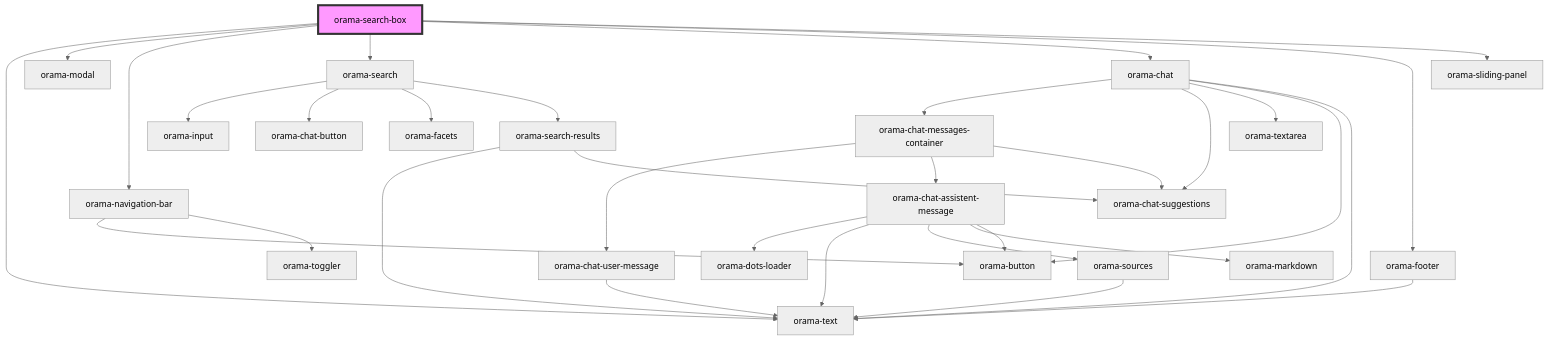
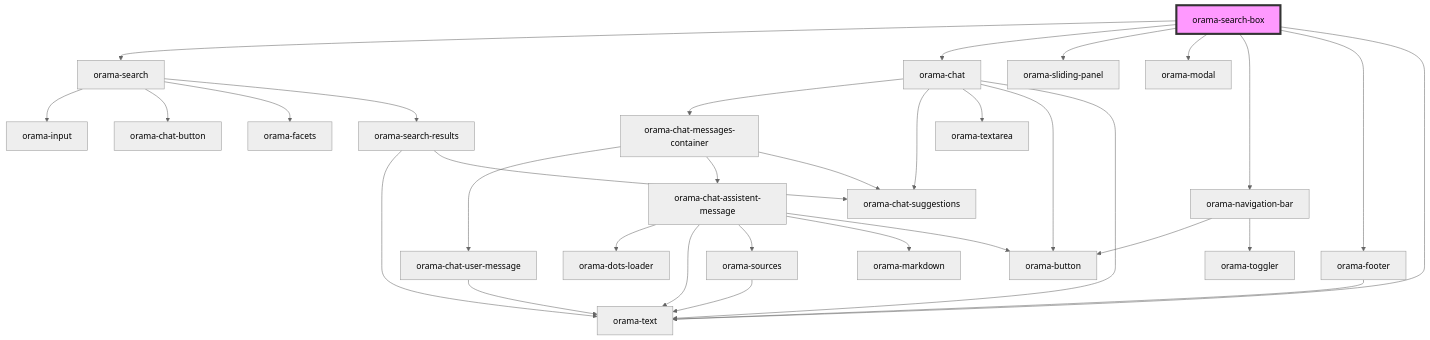
The diagram in packages/ui-stencil/src/components/orama-search-box/readme.md (askorama/orama-ui-components), drawn with Mermaid (neutral theme) before and after one commit. The commit also changed other lines of this file and 12 other files, not shown here.

````diff
--- a/packages/ui-stencil/src/components/orama-search-box/readme.md
+++ b/packages/ui-stencil/src/components/orama-search-box/readme.md
@@ -45,35 +46,35 @@
 ```mermaid
 graph TD;
-  orama-search-box --> orama-text
+  orama-search-box --> orama-search
+  orama-search-box --> orama-chat
+  orama-search-box --> orama-sliding-panel
   orama-search-box --> orama-modal
   orama-search-box --> orama-navigation-bar
-  orama-search-box --> orama-search
-  orama-search-box --> orama-chat
   orama-search-box --> orama-footer
-  orama-search-box --> orama-sliding-panel
-  orama-navigation-bar --> orama-button
-  orama-navigation-bar --> orama-toggler
+  orama-search-box --> orama-text
   orama-search --> orama-input
   orama-search --> orama-chat-button
   orama-search --> orama-facets
   orama-search --> orama-search-results
   orama-search-results --> orama-text
   orama-search-results --> orama-chat-suggestions
   orama-chat --> orama-chat-messages-container
   orama-chat --> orama-chat-suggestions
   orama-chat --> orama-textarea
   orama-chat --> orama-button
   orama-chat --> orama-text
   orama-chat-messages-container --> orama-chat-user-message
   orama-chat-messages-container --> orama-chat-assistent-message
   orama-chat-messages-container --> orama-chat-suggestions
   orama-chat-user-message --> orama-text
   orama-chat-assistent-message --> orama-dots-loader
   orama-chat-assistent-message --> orama-text
   orama-chat-assistent-message --> orama-sources
   orama-chat-assistent-message --> orama-markdown
   orama-chat-assistent-message --> orama-button
   orama-sources --> orama-text
+  orama-navigation-bar --> orama-button
+  orama-navigation-bar --> orama-toggler
   orama-footer --> orama-text
   style orama-search-box fill:#f9f,stroke:#333,stroke-width:4px
 ```
````
